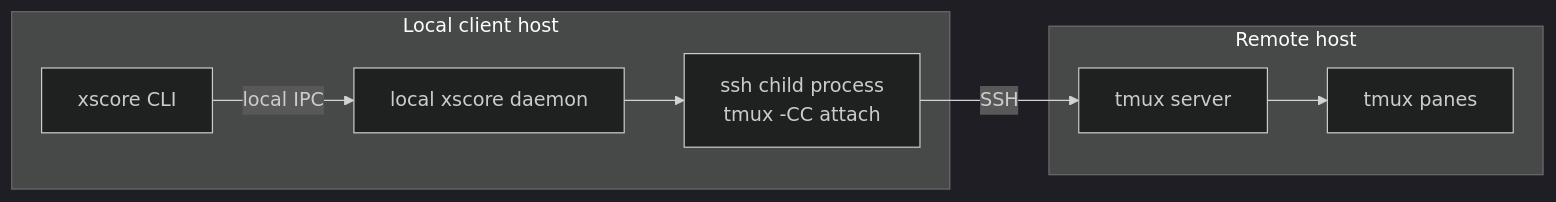
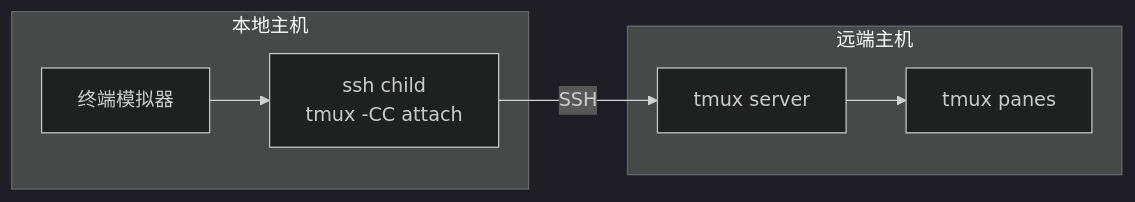
The third of 3 diagrams in doc/arch/view-deploy.md (xiaoshan1234/xscore), drawn with Mermaid (dark theme) before and after one commit. The commit also changed other lines of this file and 4 other files, not shown here.

First line of the commit message:
refactor: update architecture documentation for terminal emulator

````diff
--- a/doc/arch/view-deploy.md
+++ b/doc/arch/view-deploy.md
@@ -143,17 +77,15 @@
 ```mermaid
 flowchart LR
-    subgraph CLIENT["Local client host"]
-        CLI["xscore CLI"]
-        D["local xscore daemon"]
-        SSH["ssh child process<br/>tmux -CC attach"]
+    subgraph CLIENT["本地主机"]
+        APP["终端模拟器"]
+        SSH["ssh child<br/>tmux -CC attach"]
     end
-    subgraph REMOTE["Remote host"]
+    subgraph REMOTE["远端主机"]
         TMUX["tmux server"]
         PANES["tmux panes"]
     end
 
-    CLI -->|local IPC| D
-    D --> SSH
+    APP --> SSH
     SSH -->|SSH| TMUX
     TMUX --> PANES
 ```
````
